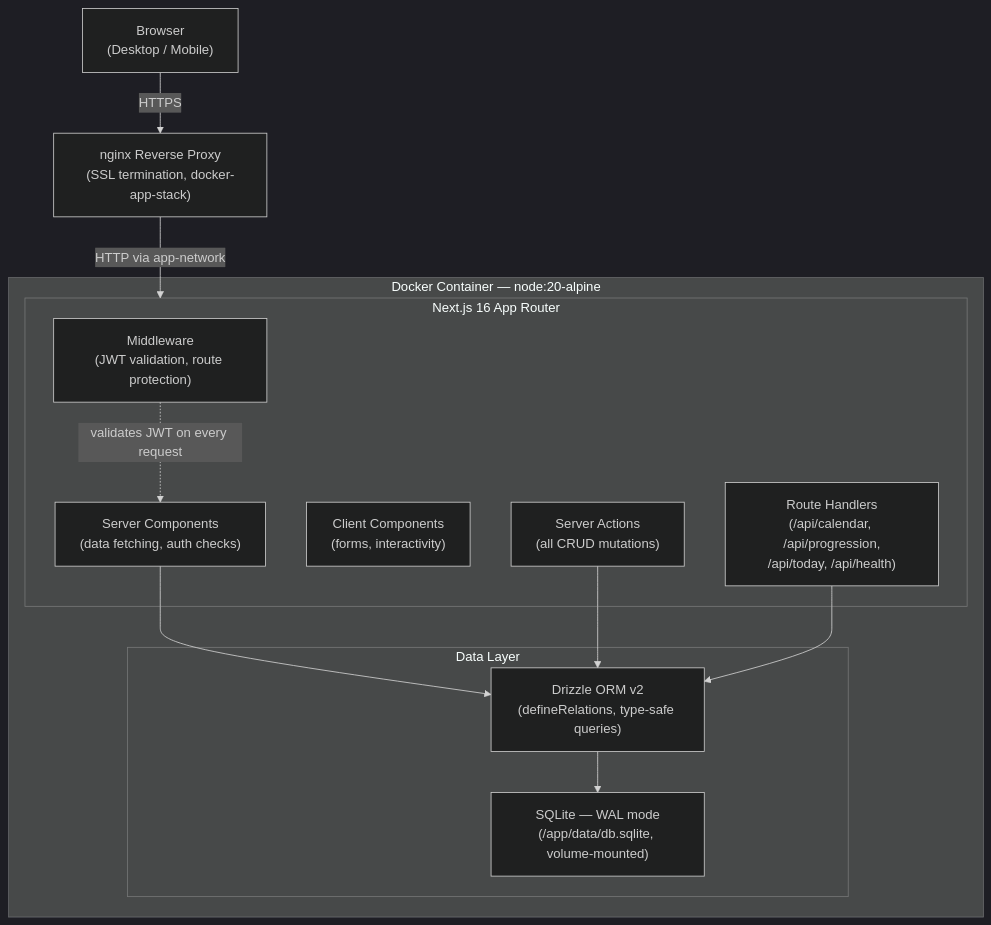
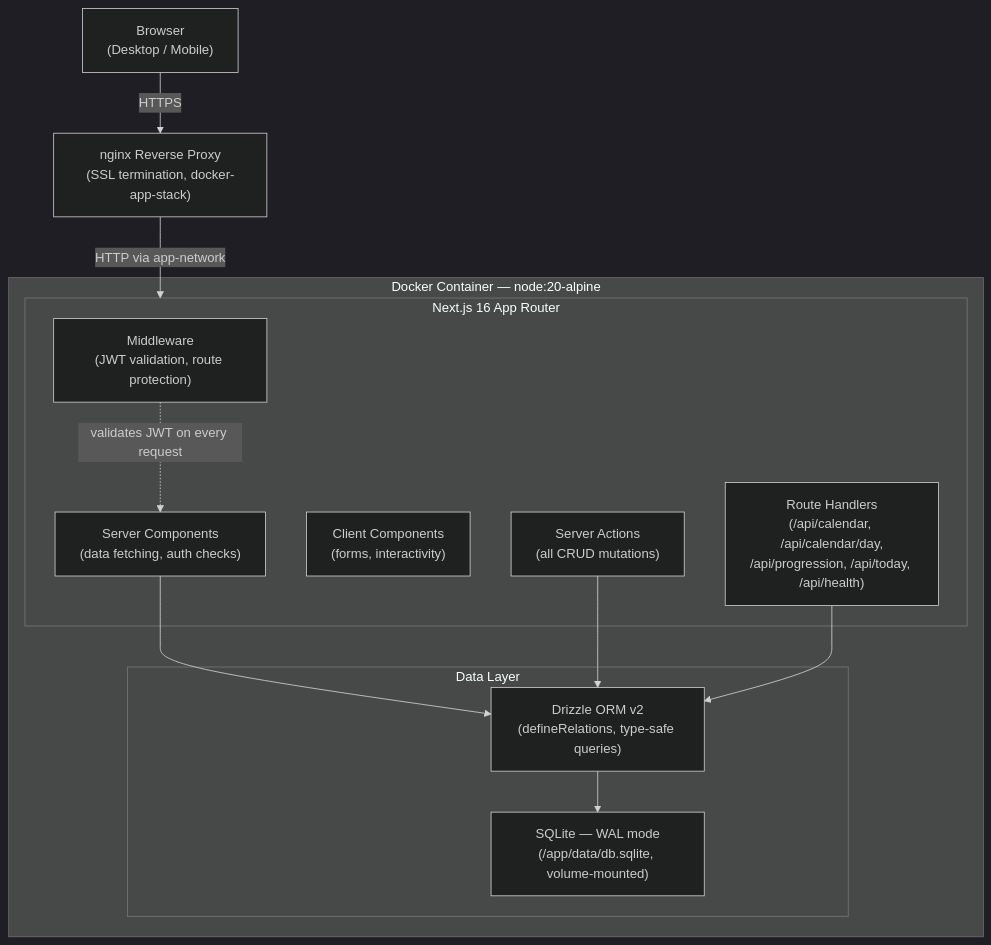
Before and after one commit to yaronmolho1/fitness-app: the first of 2 diagrams in docs/architecture.md, drawn with Mermaid (dark theme). The commit also changed other lines of this file and 10 other files, not shown here.

First line of the commit message:
feat(calendar): T066 day detail drill-in panel (#168)

````diff
--- a/docs/architecture.md
+++ b/docs/architecture.md
@@ -19,28 +19,28 @@
 ```mermaid
 graph TD
     Browser["Browser\n(Desktop / Mobile)"]
     Nginx["nginx Reverse Proxy\n(SSL termination, docker-app-stack)"]
 
     subgraph Docker["Docker Container — node:20-alpine"]
         subgraph NextApp["Next.js 16 App Router"]
             MW["Middleware\n(JWT validation, route protection)"]
             SC["Server Components\n(data fetching, auth checks)"]
             CC["Client Components\n(forms, interactivity)"]
             SA["Server Actions\n(all CRUD mutations)"]
-            RH["Route Handlers\n(/api/calendar, /api/progression,\n/api/today, /api/health)"]
+            RH["Route Handlers\n(/api/calendar, /api/calendar/day,\n/api/progression, /api/today, /api/health)"]
         end
 
         subgraph DataLayer["Data Layer"]
             Drizzle["Drizzle ORM v2\n(defineRelations, type-safe queries)"]
             SQLite["SQLite — WAL mode\n(/app/data/db.sqlite, volume-mounted)"]
         end
     end
 
     Browser -->|HTTPS| Nginx
     Nginx -->|HTTP via app-network| NextApp
     MW -.->|validates JWT on every request| SC
     SC --> Drizzle
     SA --> Drizzle
     RH --> Drizzle
     Drizzle --> SQLite
 ```
````
